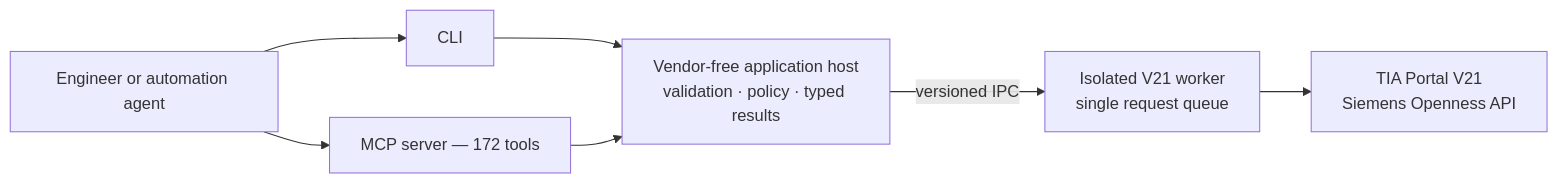
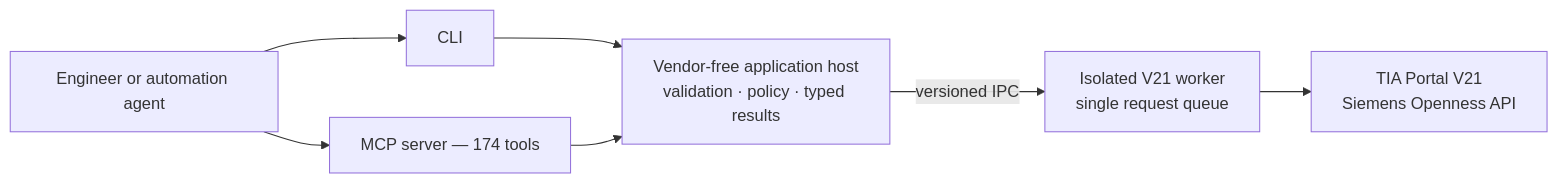
The diagram in README.md (mistik91/OpenTiaToolkit), drawn with Mermaid before and after one commit. The commit also changed other lines of this file and 37 other files, not shown here.

````diff
--- a/README.md
+++ b/README.md
@@ -61,16 +61,16 @@
 ```mermaid
 flowchart LR
     U["Engineer or automation agent"]
     CLI["CLI"]
-    MCP["MCP server — 172 tools"]
+    MCP["MCP server — 174 tools"]
     APP["Vendor-free application host<br/>validation · policy · typed results"]
     W["Isolated V21 worker<br/>single request queue"]
     TIA["TIA Portal V21<br/>Siemens Openness API"]
 
     U --> CLI
     U --> MCP
     CLI --> APP
     MCP --> APP
     APP -->|"versioned IPC"| W
     W --> TIA
 ```
````
